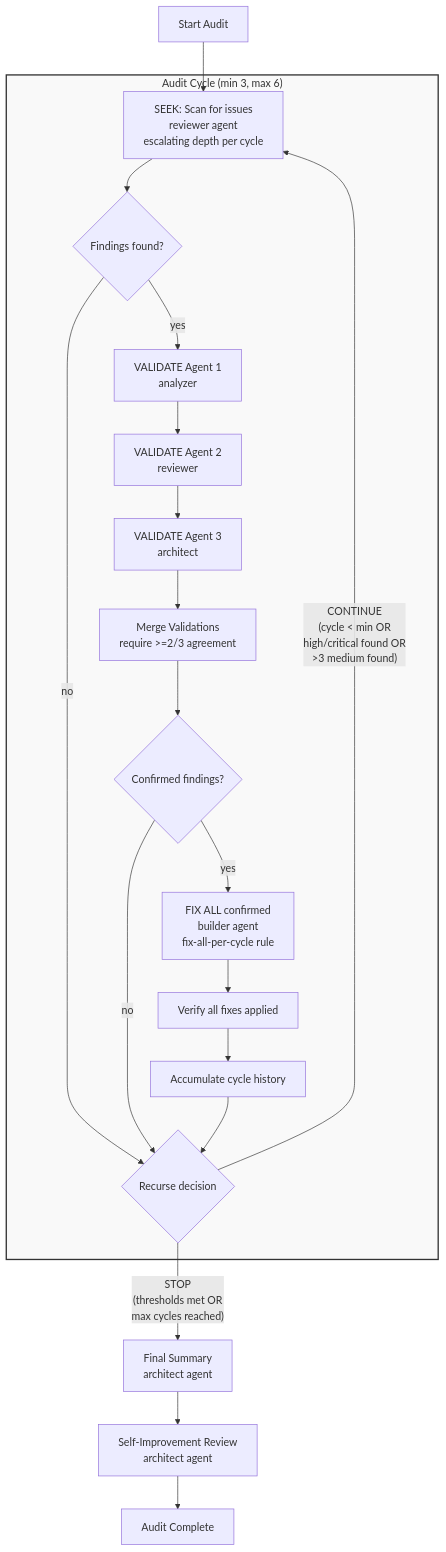
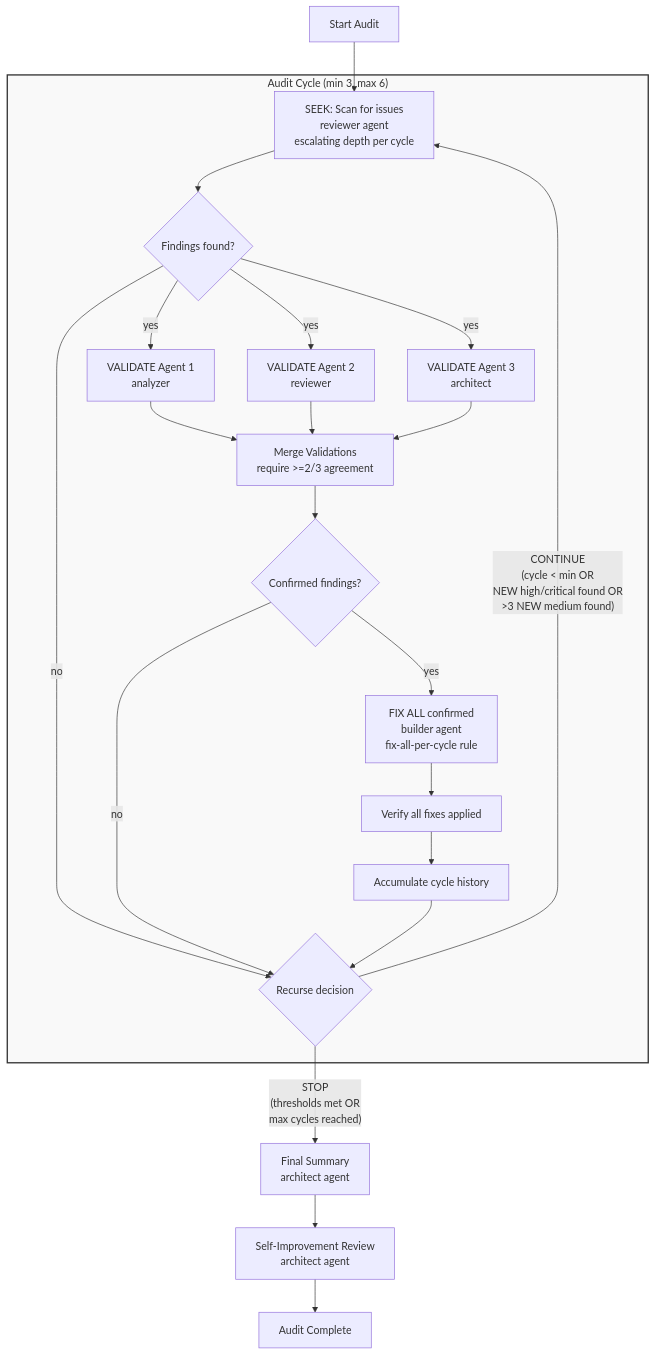
Before and after one commit to rysweet/amplihack: the diagram in .claude/skills/quality-audit/SKILL.md, drawn with Mermaid. The commit also changed 1 other file, not shown here.

Commit message:
fix: address 3 graph accuracy issues found during testing
Testing with simulated scenarios revealed 3 improvements:

1. quality-audit: Changed V1->V2->V3 sequential chain to parallel
   fork/join (V1 & V2 & V3 -> MERGE) — validators run independently

2. quality-audit: Added "NEW" qualifier to CONTINUE edge label —
   recurse decision is based on NEW findings per cycle, not cumulative

3. dev-orchestrator: Split "Dev / Investigation" into separate edges
   — they route to different recipes and merging hid this distinction

````diff
--- a/.claude/skills/quality-audit/SKILL.md
+++ b/.claude/skills/quality-audit/SKILL.md
@@ -13,27 +13,25 @@
 ```mermaid
 flowchart TD
     START[Start Audit] --> SEEK
 
     subgraph CYCLE["Audit Cycle (min 3, max 6)"]
         SEEK[SEEK: Scan for issues<br/>reviewer agent<br/>escalating depth per cycle] --> VAL_CHECK{Findings found?}
         VAL_CHECK -->|no| DECISION
-        VAL_CHECK -->|yes| V1[VALIDATE Agent 1<br/>analyzer]
-        V1 --> V2[VALIDATE Agent 2<br/>reviewer]
-        V2 --> V3[VALIDATE Agent 3<br/>architect]
-        V3 --> MERGE[Merge Validations<br/>require >=2/3 agreement]
+        VAL_CHECK -->|yes| V1[VALIDATE Agent 1<br/>analyzer] & V2[VALIDATE Agent 2<br/>reviewer] & V3[VALIDATE Agent 3<br/>architect]
+        V1 & V2 & V3 --> MERGE[Merge Validations<br/>require >=2/3 agreement]
         MERGE --> FIX_CHECK{Confirmed findings?}
         FIX_CHECK -->|no| DECISION
         FIX_CHECK -->|yes| FIX[FIX ALL confirmed<br/>builder agent<br/>fix-all-per-cycle rule]
         FIX --> VERIFY[Verify all fixes applied]
         VERIFY --> ACCUM[Accumulate cycle history]
         ACCUM --> DECISION{Recurse decision}
     end
 
-    DECISION -->|"CONTINUE<br/>(cycle < min OR<br/>high/critical found OR<br/>>3 medium found)"| SEEK
+    DECISION -->|"CONTINUE<br/>(cycle < min OR<br/>NEW high/critical found OR<br/>>3 NEW medium found)"| SEEK
     DECISION -->|"STOP<br/>(thresholds met OR<br/>max cycles reached)"| SUMMARY
 
     SUMMARY[Final Summary<br/>architect agent] --> SELF[Self-Improvement Review<br/>architect agent]
     SELF --> DONE[Audit Complete]
 
     style CYCLE fill:#f9f9f9,stroke:#333,stroke-width:2px
 ```
````
